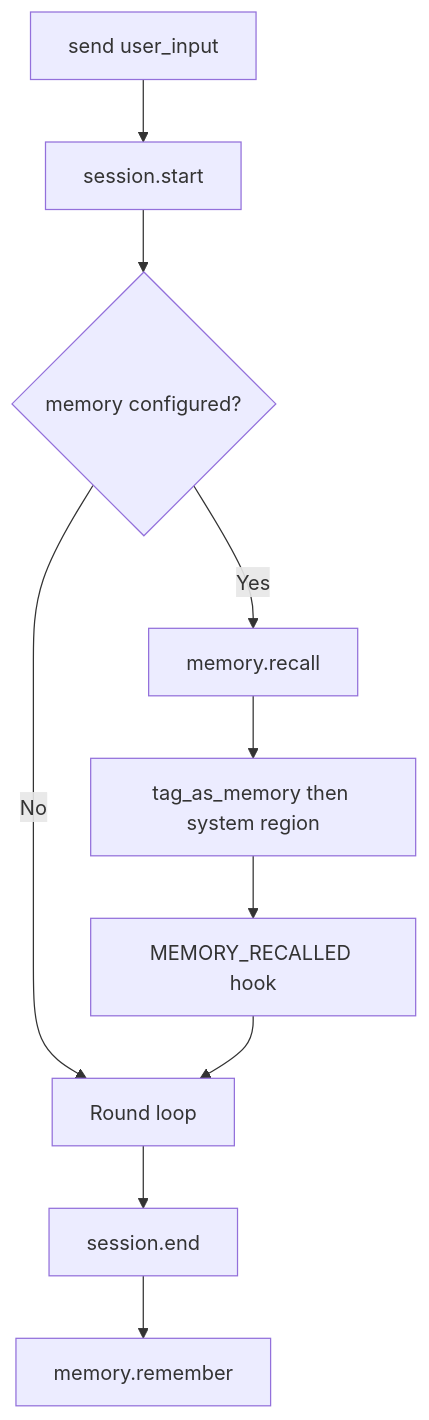
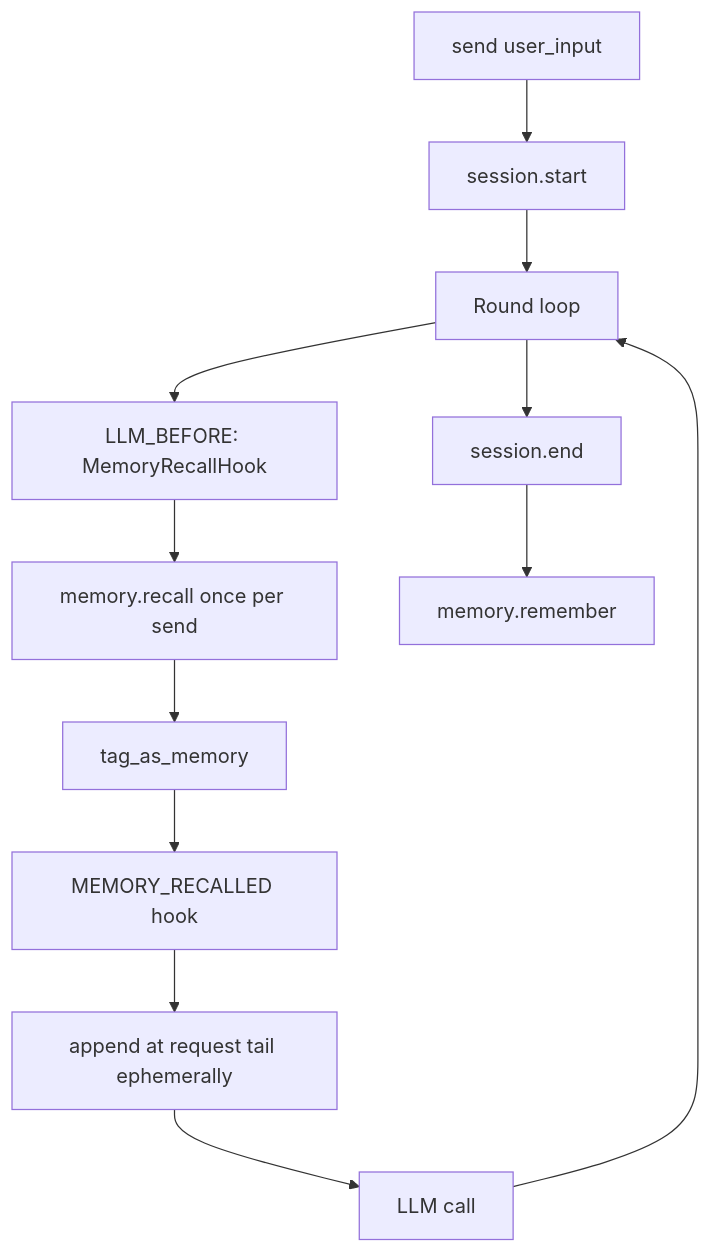
One commit to PL-play/power-loop changed the diagram in docs/en/user-guide/memory.md. Above: the diagram before and after it, drawn with Mermaid. The commit also changed other lines of this file and 14 other files, not shown here.

First line of the commit message:
docs+examples: reflect 3.1.0 (memory hook, hooks API, microcompact opt-in, config)

````diff
--- a/docs/en/user-guide/memory.md
+++ b/docs/en/user-guide/memory.md
@@ -9,12 +9,14 @@
 ```mermaid
 flowchart TD
     A[send user_input] --> B[session.start]
-    B --> C{memory configured?}
-    C -->|No| G[Round loop]
-    C -->|Yes| D[memory.recall]
-    D --> E[tag_as_memory then system region]
+    B --> G[Round loop]
+    G --> P[LLM_BEFORE: MemoryRecallHook]
+    P --> D[memory.recall once per send]
+    D --> E[tag_as_memory]
     E --> F[MEMORY_RECALLED hook]
-    F --> G
+    F --> Q[append at request tail ephemerally]
+    Q --> R[LLM call]
+    R --> G
     G --> H[session.end]
     H --> I[memory.remember]
 ```
````
